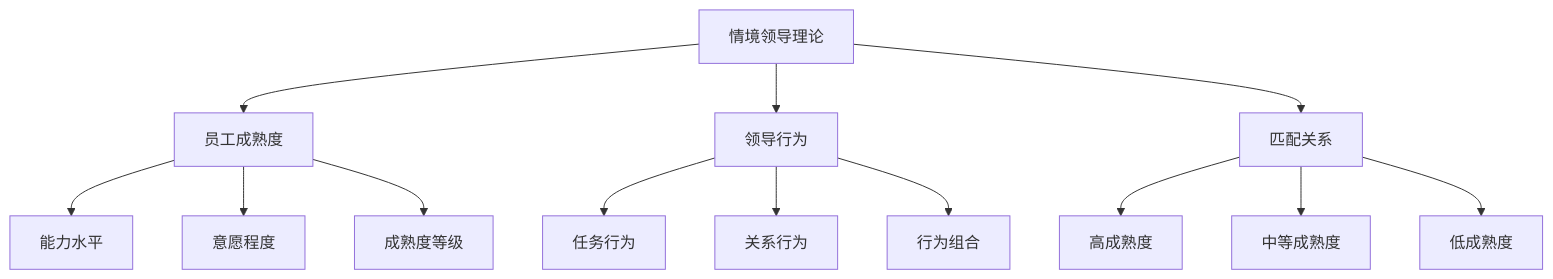
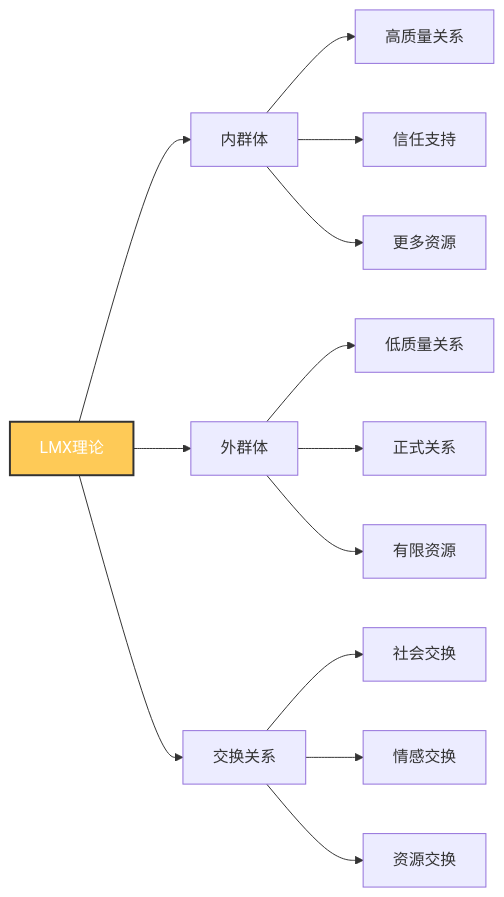
One commit to Anping2017/obsidian changed the fifth of 7 diagrams in 企业领导力/02-理论理解层/经典领导理论/03-情境理论.md. Above: the diagram before and after it, drawn with Mermaid. The commit also changed other lines of this file and 8 other files, not shown here.

````diff
--- a/企业领导力/02-理论理解层/经典领导理论/03-情境理论.md
+++ b/企业领导力/02-理论理解层/经典领导理论/03-情境理论.md
@@ -129,18 +142,20 @@
 ```mermaid
-graph TD
-    A[情境领导理论] --> B[员工成熟度]
-    A --> C[领导行为]
-    A --> D[匹配关系]
+graph LR
+    A[LMX理论] --> B[内群体]
+    A --> C[外群体]
+    A --> D[交换关系]
     
-    B --> B1[能力水平]
-    B --> B2[意愿程度]
-    B --> B3[成熟度等级]
+    B --> B1[高质量关系]
+    B --> B2[信任支持]
+    B --> B3[更多资源]
     
-    C --> C1[任务行为]
-    C --> C2[关系行为]
-    C --> C3[行为组合]
+    C --> C1[低质量关系]
+    C --> C2[正式关系]
+    C --> C3[有限资源]
     
-    D --> D1[高成熟度]
-    D --> D2[中等成熟度]
-    D --> D3[低成熟度]
+    D --> D1[社会交换]
+    D --> D2[情感交换]
+    D --> D3[资源交换]
+    
+    style A fill:#feca57,stroke:#333,stroke-width:2px,color:#fff
 ```
````
